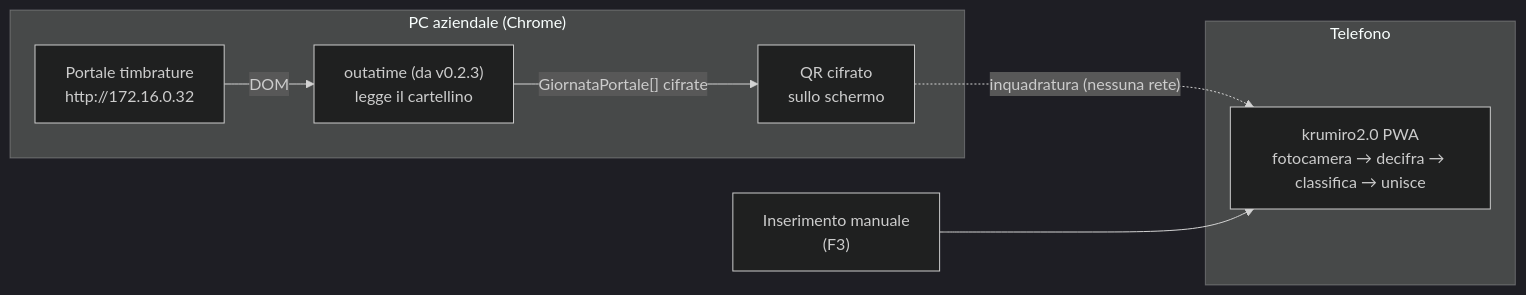
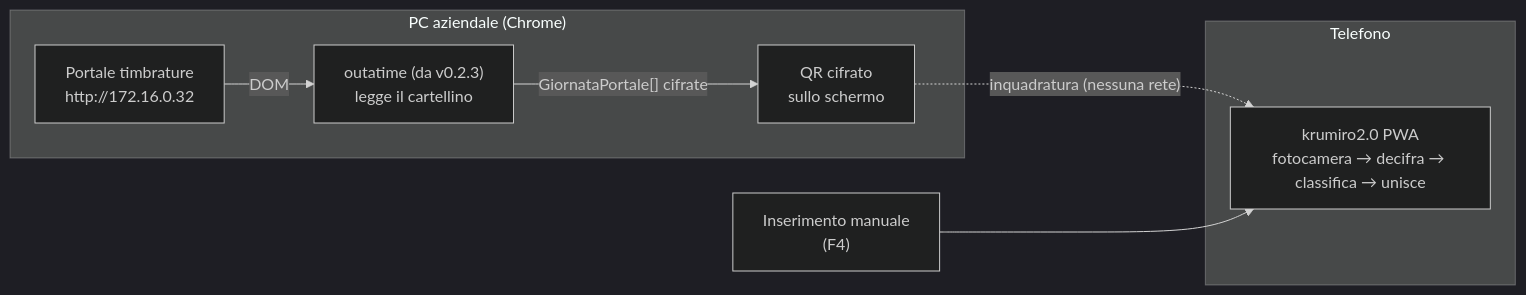
The first of 2 diagrams in docs/architecture/integrazione-outatime.md (gcampa/krumiro2.0), drawn with Mermaid (dark theme) before and after one commit. The commit also changed other lines of this file and 10 other files, not shown here.

````diff
--- a/docs/architecture/integrazione-outatime.md
+++ b/docs/architecture/integrazione-outatime.md
@@ -54,14 +54,14 @@
 ```mermaid
 flowchart LR
     subgraph PC["PC aziendale (Chrome)"]
         P["Portale timbrature<br/>http://172.16.0.32"]
         CS["outatime (da v0.2.3)<br/>legge il cartellino"]
         Q["QR cifrato<br/>sullo schermo"]
         P -- DOM --> CS -- "GiornataPortale[] cifrate" --> Q
     end
     subgraph TEL["Telefono"]
         K["krumiro2.0 PWA<br/>fotocamera → decifra → classifica → unisce"]
     end
     Q -. "inquadratura (nessuna rete)" .-> K
-    M["Inserimento manuale<br/>(F3)"] --> K
+    M["Inserimento manuale<br/>(F4)"] --> K
 ```
````
